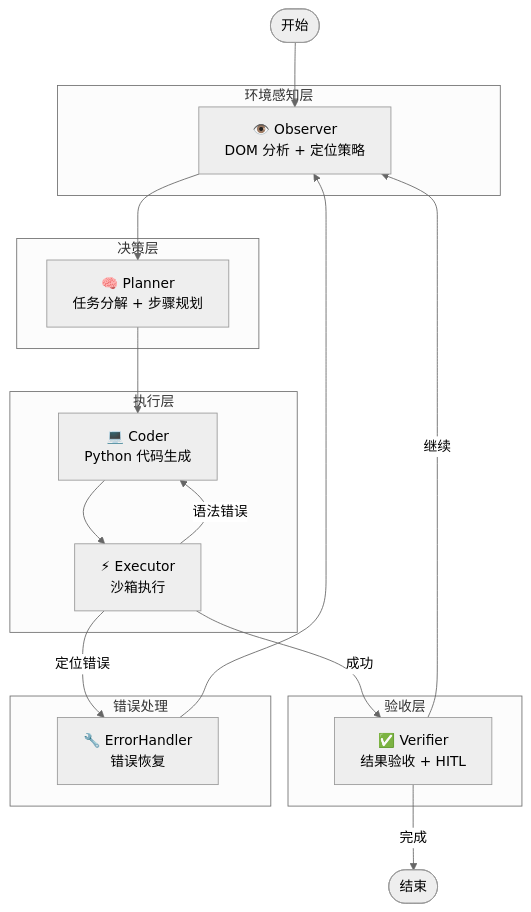
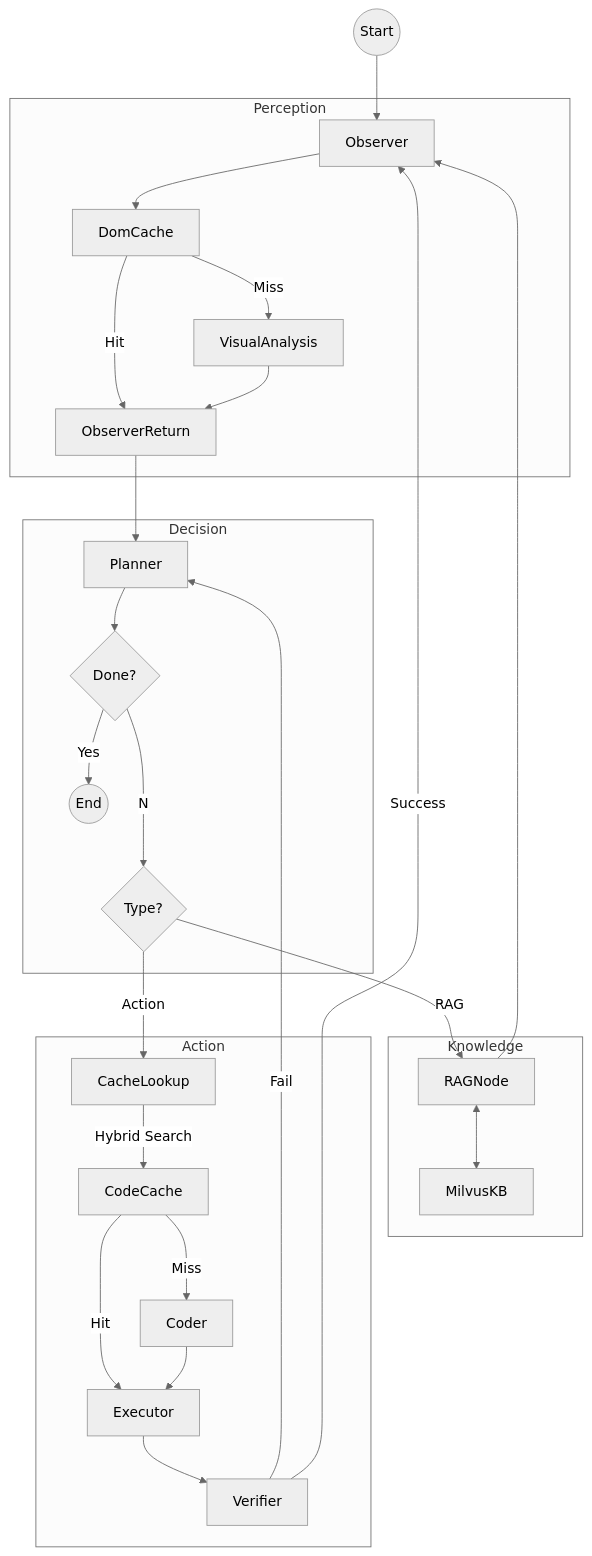
The diagram in Readme.md (1122414/AutoWeb), drawn with Mermaid (neutral theme) before and after one commit. The commit also changed other lines of this file and 3 other files, not shown here.

Commit message:
更新README文档，添加V6架构图

````diff
--- a/Readme.md
+++ b/Readme.md
@@ -23,34 +29,35 @@
 ```mermaid
 graph TD
-    subgraph "环境感知层"
-        Observer["👁️ Observer<br/>DOM 分析 + 定位策略"]
+    Start((Start)) --> Observer
+
+    subgraph "Perception"
+        Observer --> DomCache
+        DomCache --Hit--> ObserverReturn
+        DomCache --Miss--> VisualAnalysis --> ObserverReturn
     end
-    
-    subgraph "决策层"
-        Planner["🧠 Planner<br/>任务分解 + 步骤规划"]
+
+    ObserverReturn --> Planner
+
+    subgraph "Decision"
+        Planner --> Check{Done?}
+        Check --Yes--> End((End))
+        Check --No--> Route{Type?}
     end
-    
-    subgraph "执行层"
-        Coder["💻 Coder<br/>Python 代码生成"]
-        Executor["⚡ Executor<br/>沙箱执行"]
+
+    Route --Action--> CacheLookup
+    Route --RAG--> RAGNode
+
+    subgraph "Knowledge"
+        RAGNode <--> MilvusKB
+        RAGNode --> Observer
     end
-    
-    subgraph "验收层"
-        Verifier["✅ Verifier<br/>结果验收 + HITL"]
+
+    subgraph "Action"
+        CacheLookup --Hybrid Search--> CodeCache
+        CodeCache --Hit--> Executor
+        CodeCache --Miss--> Coder --> Executor
+        Executor --> Verifier
+        Verifier --Fail--> Planner
+        Verifier --Success--> Observer
     end
-    
-    subgraph "错误处理"
-        ErrorHandler["🔧 ErrorHandler<br/>错误恢复"]
-    end
-    
-    Start([开始]) --> Observer
-    Observer --> Planner
-    Planner --> Coder
-    Coder --> Executor
-    Executor -->|成功| Verifier
-    Executor -->|语法错误| Coder
-    Executor -->|定位错误| ErrorHandler
-    Verifier -->|继续| Observer
-    Verifier -->|完成| End([结束])
-    ErrorHandler --> Observer
 ```
````
